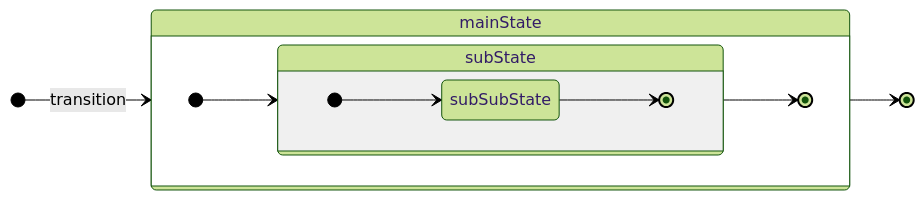
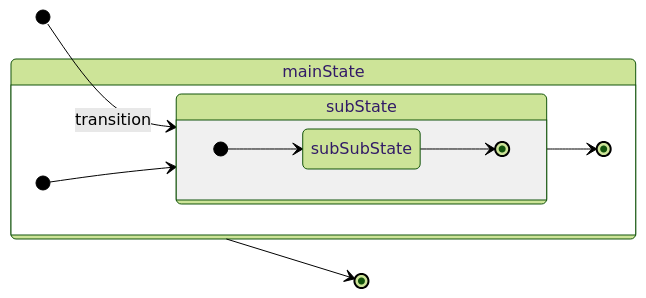
The second of 3 diagrams in Kafka/README.md (FabricioLeite/Estudos), drawn with Mermaid (forest theme) before and after one commit.

Commit message:
Test diagram

````diff
--- a/Kafka/README.md
+++ b/Kafka/README.md
@@ -21,16 +21,16 @@
 ```mermaid
 stateDiagram-v2
 direction LR
-  [*] --> mainState: transition
+  [*] --> subState: transition
   state mainState {
     direction LR
     [*] --> subState
     state subState {
       direction LR
       [*] --> subSubState
       subSubState --> [*]
     }
     subState --> [*]
   }
   mainState --> [*]
 ```
````
